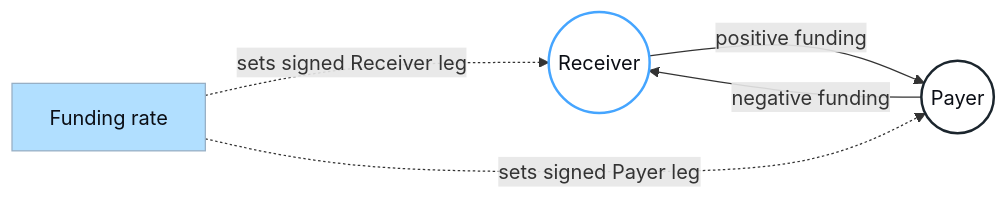
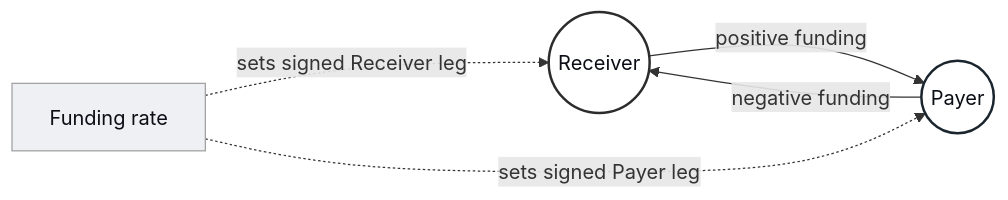
Before and after one commit to Null-Solutions/v1-docs: the diagram in diagrams/funding-carry.mmd, drawn with Mermaid. The commit also changed 13 other files, not shown here.

```diff
--- a/diagrams/funding-carry.mmd
+++ b/diagrams/funding-carry.mmd
@@ -1,16 +1,16 @@
 flowchart LR
   receiver(("Receiver"))
   payer(("Payer"))
   funding["Funding rate"]
 
   receiver -- "positive funding" --> payer
   payer -- "negative funding" --> receiver
   funding -. "sets signed Receiver leg" .-> receiver
   funding -. "sets signed Payer leg" .-> payer
 
-  classDef receiver fill:#FFFFFF,color:#0B0E15,stroke:#45A5FF,stroke-width:2px;
+  classDef receiver fill:#FFFFFF,color:#0B0E15,stroke:#2D2C2C,stroke-width:2px;
   classDef payer fill:#FFFFFF,color:#0B0E15,stroke:#1B252D,stroke-width:2px;
-  classDef accent fill:#B1DFFF,color:#0B0E15,stroke:#96AEC4,stroke-width:1px;
+  classDef accent fill:#EEF0F4,color:#0B0E15,stroke:#A0A0A0,stroke-width:1px;
   class receiver receiver;
   class payer payer;
   class funding accent;
```
